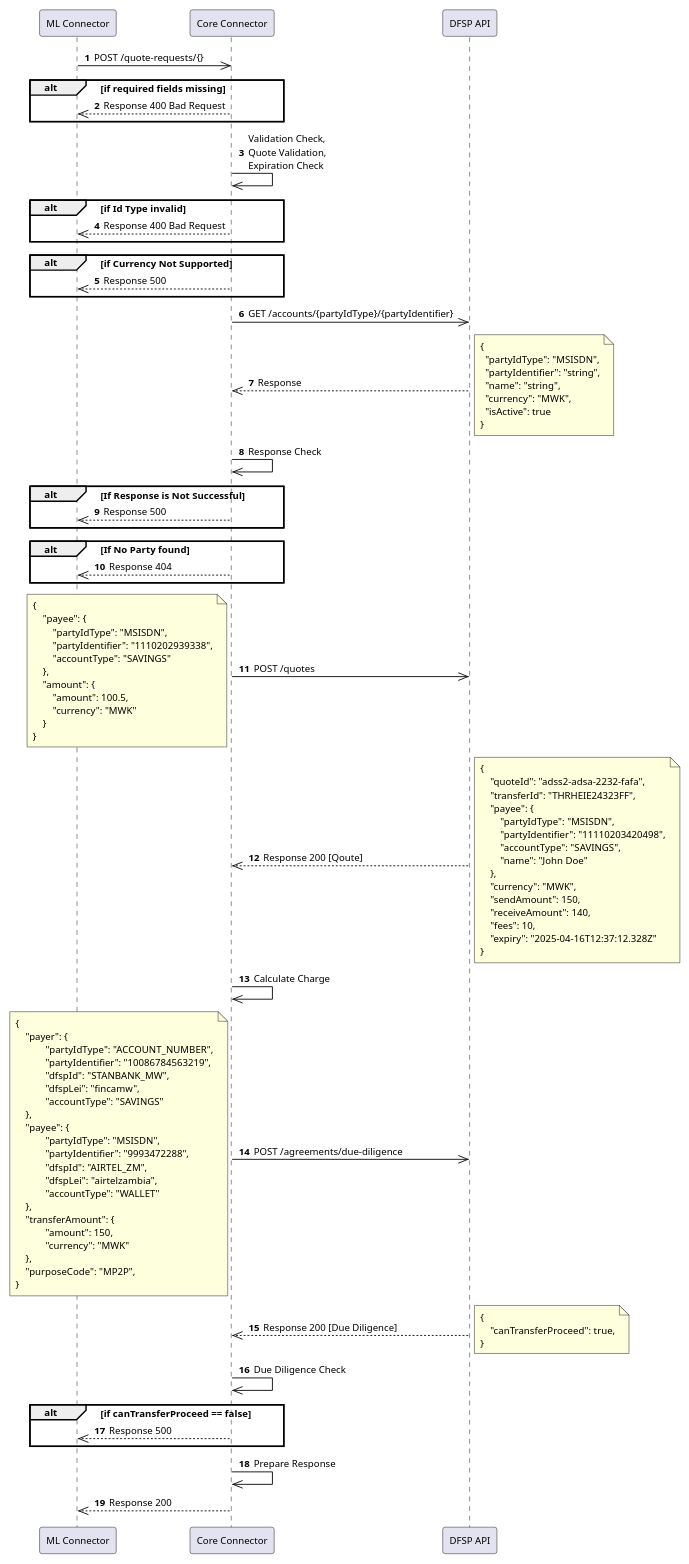
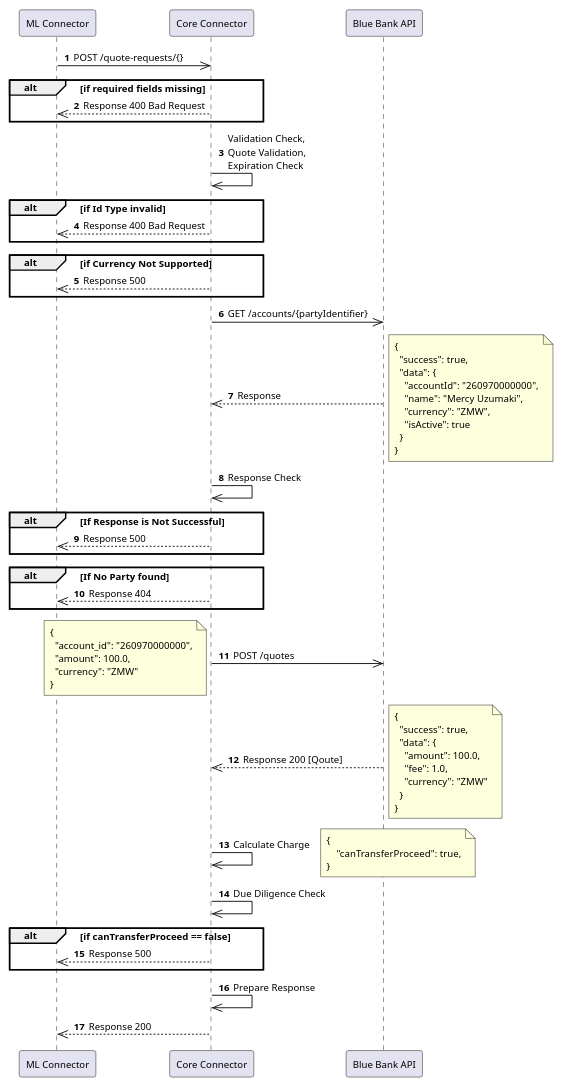
One commit to wababaDev/blue-bank-ml-connector changed the diagram in docs/payee/payee-quote-requests.puml. Above: the diagram before and after it, drawn with PlantUML. The commit also changed 6 other files, not shown here.

```diff
--- a/docs/payee/payee-quote-requests.puml
+++ b/docs/payee/payee-quote-requests.puml
@@ -1,125 +1,90 @@
 @startuml name="payee-quote-request"
 
 skinparam defaultFontSize 10
 autonumber
 
 participant "ML Connector" as ML
 participant "Core Connector" as CC
-participant "DFSP API" as SBAPI
+participant "Blue Bank API" as SBAPI
 
 ML ->> CC: POST /quote-requests/{}
 
 alt if required fields missing
     CC -->> ML: Response 400 Bad Request
 end
 
 CC ->> CC: Validation Check,\nQuote Validation,\nExpiration Check
 
 alt if Id Type invalid
     CC -->> ML: Response 400 Bad Request
 end
 
 alt if Currency Not Supported
     CC -->> ML: Response 500
 end
 
-CC ->> SBAPI: GET /accounts/{partyIdType}/{partyIdentifier}
+CC ->> SBAPI: GET /accounts/{partyIdentifier}
 
 SBAPI -->> CC: Response
 note right
 {
-  "partyIdType": "MSISDN",
-  "partyIdentifier": "string",
-  "name": "string",
-  "currency": "MWK",
-  "isActive": true
+  "success": true,
+  "data": {
+    "accountId": "260970000000",
+    "name": "Mercy Uzumaki",
+    "currency": "ZMW",
+    "isActive": true
+  }
 }
 end note
 
 CC ->> CC: Response Check
 
 alt If Response is Not Successful
     CC -->> ML: Response 500
 end
 
 alt If No Party found
     CC -->> ML: Response 404
 end
 
 CC ->> SBAPI: POST /quotes
 note left
 {
-    "payee": {
-        "partyIdType": "MSISDN",
-        "partyIdentifier": "1110202939338",
-        "accountType": "SAVINGS"
-    },
-    "amount": {
-        "amount": 100.5,
-        "currency": "MWK"
-    }
+  "account_id": "260970000000",
+  "amount": 100.0,
+  "currency": "ZMW"
 }
 end note
 
 
 SBAPI -->> CC: Response 200 [Qoute]
 note right
 {
-    "quoteId": "adss2-adsa-2232-fafa",
-    "transferId": "THRHEIE24323FF",
-    "payee": {
-        "partyIdType": "MSISDN",
-        "partyIdentifier": "11110203420498",
-        "accountType": "SAVINGS",
-        "name": "John Doe"
-    },
-    "currency": "MWK",
-    "sendAmount": 150,
-    "receiveAmount": 140,
-    "fees": 10,
-    "expiry": "2025-04-16T12:37:12.328Z"
+  "success": true,
+  "data": {
+    "amount": 100.0,
+    "fee": 1.0,
+    "currency": "ZMW"
+  }
 }
 end note
 
 CC ->> CC: Calculate Charge
 
-CC ->> SBAPI: POST /agreements/due-diligence
-note left
-{
-    "payer": {
-            "partyIdType": "ACCOUNT_NUMBER",
-            "partyIdentifier": "10086784563219",
-            "dfspId": "STANBANK_MW",
-            "dfspLei": "fincamw",
-            "accountType": "SAVINGS"
-    },
-    "payee": {
-            "partyIdType": "MSISDN",
-            "partyIdentifier": "9993472288",
-            "dfspId": "AIRTEL_ZM",
-            "dfspLei": "airtelzambia",
-            "accountType": "WALLET"
-    },
-    "transferAmount": {
-            "amount": 150,
-            "currency": "MWK"
-    },
-    "purposeCode": "MP2P",
-}
-end note
 
-SBAPI -->> CC: Response 200 [Due Diligence]
 note right
 {
     "canTransferProceed": true,
 }
 end note
+
 
 CC ->> CC: Due Diligence Check
 alt if canTransferProceed == false
     CC -->> ML: Response 500
 end
 
 CC ->> CC: Prepare Response
 CC -->> ML: Response 200
 @enduml
```
